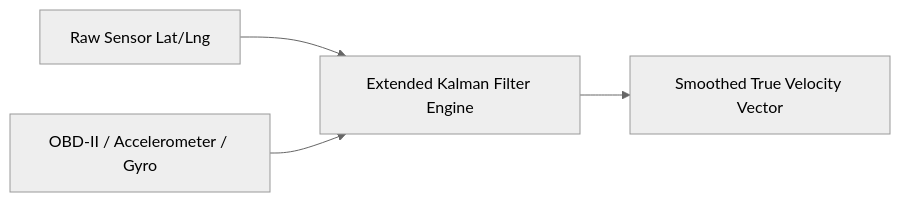
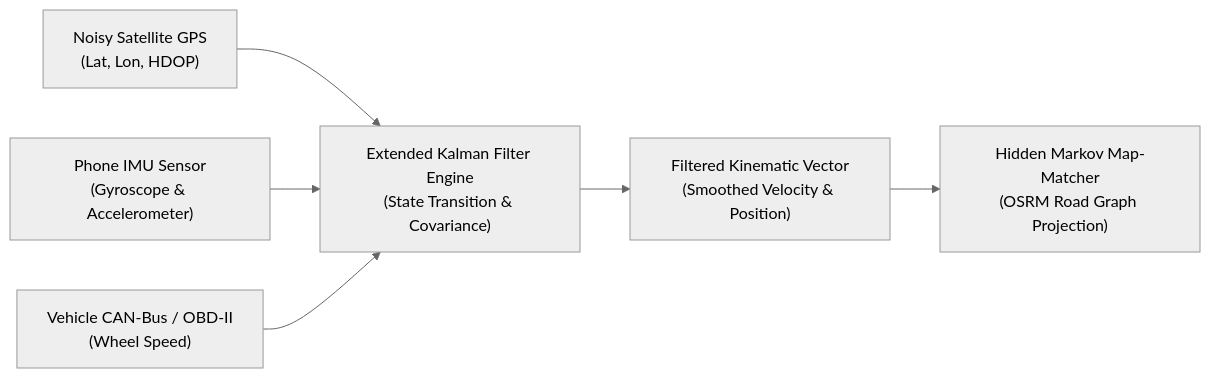
One commit to vesviet/vesviet changed the third of 3 diagrams in content/series/ride-hailing-realtime-architecture/part-1-location-ingestion.md. Above: the diagram before and after it, drawn with Mermaid (neutral theme). The commit also changed other lines of this file and 56 other files, not shown here.

Commit message:
feat(sprint-1): upgrade architectural-tradeoffs-showdowns and ride-hailing to 2027 SOTA masterclass

````diff
--- a/content/series/ride-hailing-realtime-architecture/part-1-location-ingestion.md
+++ b/content/series/ride-hailing-realtime-architecture/part-1-location-ingestion.md
@@ -156,6 +178,8 @@
 ```mermaid
 flowchart LR
-    GPS["Raw Sensor Lat/Lng"] --> EKF["Extended Kalman Filter Engine"]
-    Speed["OBD-II / Accelerometer / Gyro"] --> EKF
-    EKF --> Corrected["Smoothed True Velocity Vector"]
+    GPS["Noisy Satellite GPS<br/>(Lat, Lon, HDOP)"] --> EKF["Extended Kalman Filter Engine<br/>(State Transition & Covariance)"]
+    IMU["Phone IMU Sensor<br/>(Gyroscope & Accelerometer)"] --> EKF
+    Speed["Vehicle CAN-Bus / OBD-II<br/>(Wheel Speed)"] --> EKF
+    EKF --> Corrected["Filtered Kinematic Vector<br/>(Smoothed Velocity & Position)"]
+    Corrected --> MapMatcher["Hidden Markov Map-Matcher<br/>(OSRM Road Graph Projection)"]
 ```
````
